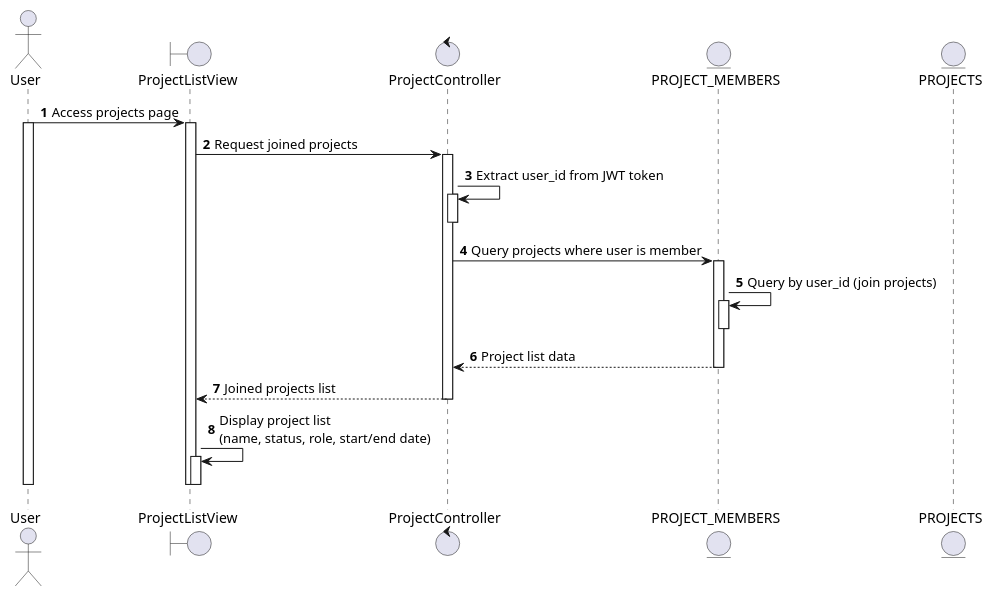
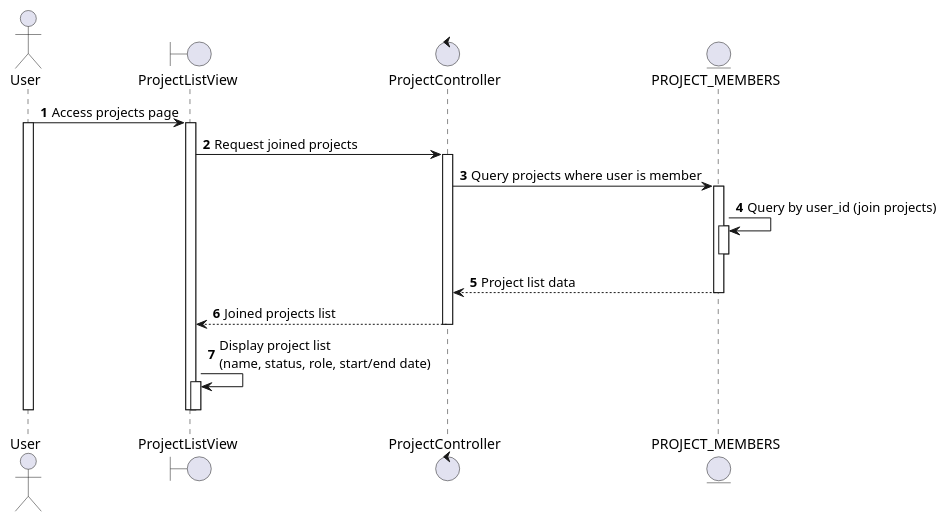
One commit to taskpilot-platform/taskpilot-platform.github.io changed the diagram in docs/docs/sequence/project-management/view-joined-projects.md. Above: the diagram before and after it, drawn with PlantUML. The commit also changed 65 other files, not shown here.

Commit message:
docs: Add new sequence diagrams for various platform functionalities including project, task, sprint, user, and AI assistant management.

````diff
--- a/docs/docs/sequence/project-management/view-joined-projects.md
+++ b/docs/docs/sequence/project-management/view-joined-projects.md
@@ -3,35 +3,31 @@
 ```plantuml
 @startuml
 autonumber
 
 actor User as U
 boundary ProjectListView as PLV
 control ProjectController as PC
 entity PROJECT_MEMBERS as PM
-entity PROJECTS as P
 
 U -> PLV: Access projects page
 activate U
 activate PLV
 PLV -> PC: Request joined projects
 activate PC
-PC -> PC: Extract user_id from JWT token
-activate PC
-deactivate PC
 PC -> PM: Query projects where user is member
 activate PM
 PM -> PM: Query by user_id (join projects)
 activate PM
 deactivate PM
 PC <-- PM: Project list data
 deactivate PM
 PLV <-- PC: Joined projects list
 deactivate PC
 PLV -> PLV: Display project list\n(name, status, role, start/end date)
 activate PLV
 deactivate PLV
 deactivate PLV
 deactivate U
 
 @enduml
 ```
````
